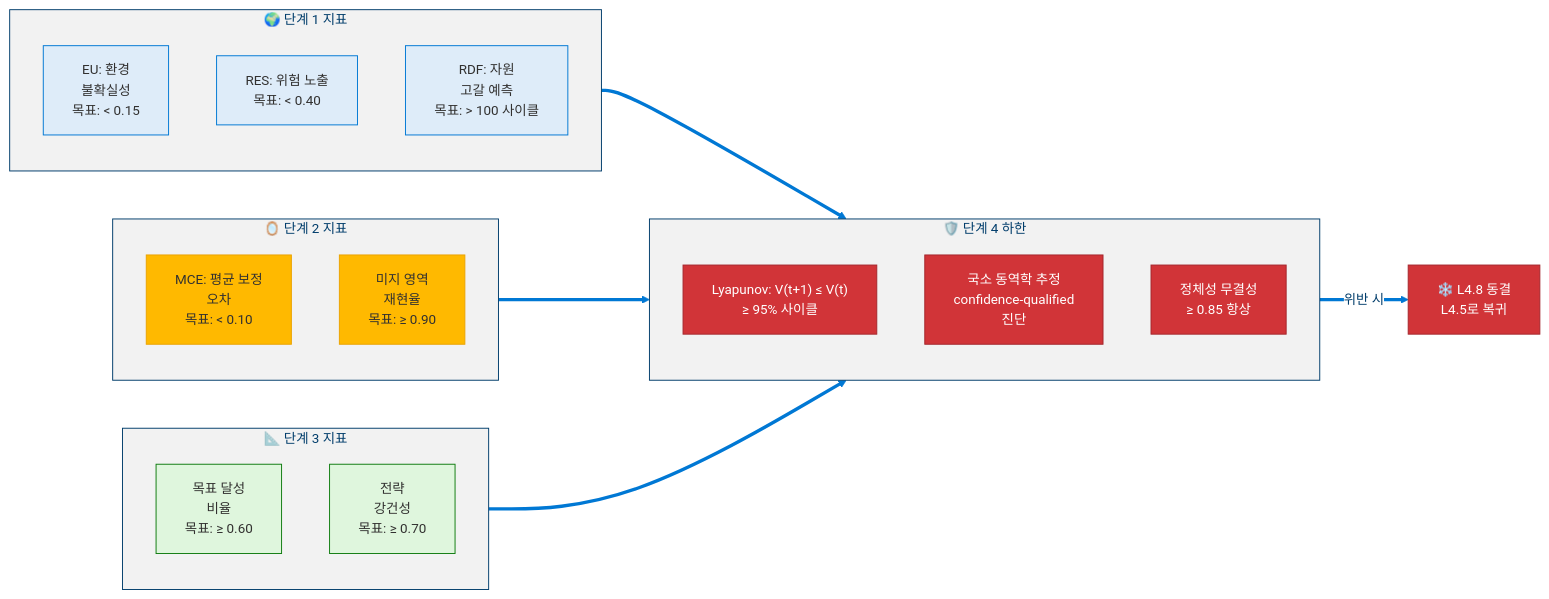
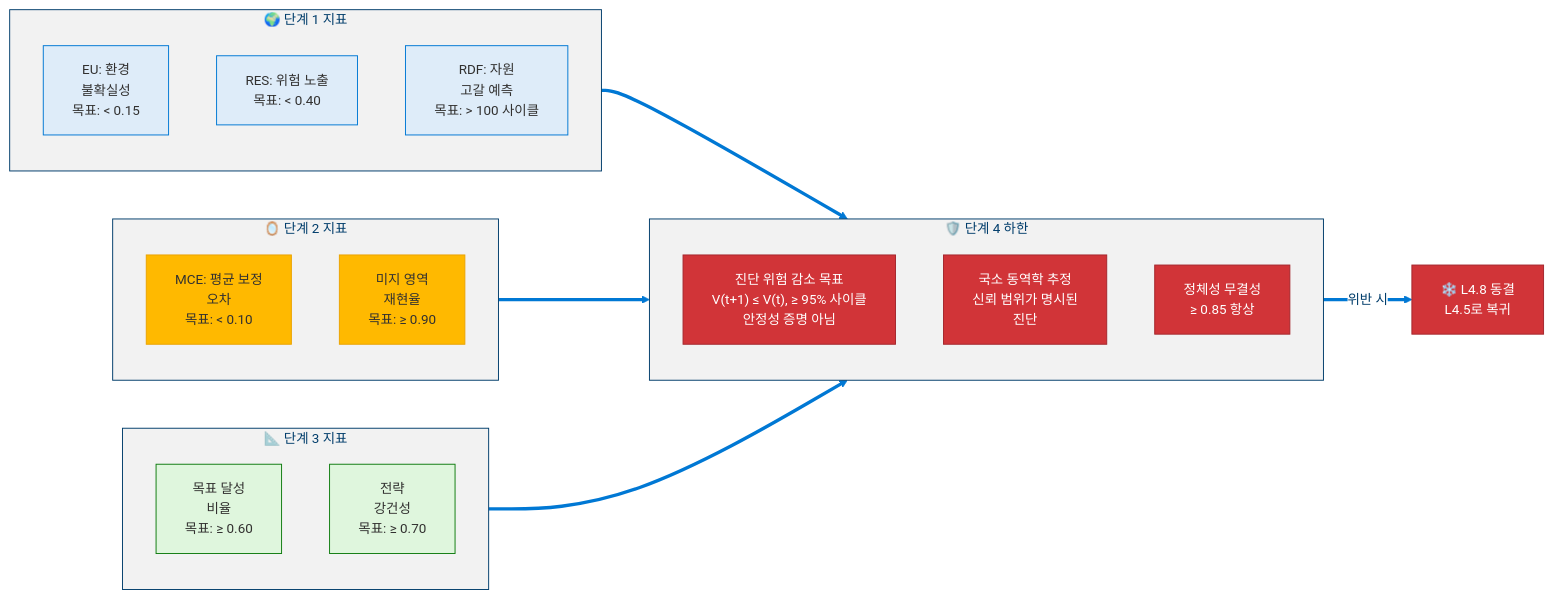
One commit to dotnetpower/mscp changed the third of 17 diagrams in docs/levels/Level_4_8_Strategic_Self_Modeling.ko.md. Above: the diagram before and after it, drawn with Mermaid. The commit also changed other lines of this file and 33 other files, not shown here.

````diff
--- a/docs/levels/Level_4_8_Strategic_Self_Modeling.ko.md
+++ b/docs/levels/Level_4_8_Strategic_Self_Modeling.ko.md
@@ -210,38 +216,38 @@
 ```mermaid
 %%{init: {'theme': 'base', 'themeVariables': {'primaryColor': '#0078D4', 'primaryTextColor': '#003D6B', 'primaryBorderColor': '#003D6B', 'secondaryColor': '#50E6FF', 'secondaryTextColor': '#323130', 'secondaryBorderColor': '#00BCF2', 'tertiaryColor': '#F2F2F2', 'tertiaryTextColor': '#323130', 'lineColor': '#0078D4', 'textColor': '#323130', 'mainBkg': '#DEECF9', 'nodeBorder': '#0078D4', 'clusterBkg': '#F2F2F2', 'clusterBorder': '#003D6B', 'titleColor': '#003D6B', 'edgeLabelBackground': '#FFFFFF', 'fontSize': '14px'}}}%%
 flowchart LR
   classDef world fill:#DEECF9,stroke:#0078D4,color:#323130
   classDef self fill:#FFB900,stroke:#EAA300,color:#323130
   classDef strategic fill:#DFF6DD,stroke:#107C10,color:#323130
   classDef stability fill:#D13438,stroke:#A4262C,color:#FFF
   classDef freeze fill:#D13438,stroke:#A4262C,color:#FFF
 
   subgraph WorldModel["🌍 단계 1 지표"]
     EU["EU: 환경<br/>불확실성<br/>목표: < 0.15"]:::world
     RES["RES: 위험 노출<br/>목표: < 0.40"]:::world
     RDF["RDF: 자원<br/>고갈 예측<br/>목표: > 100 사이클"]:::world
   end
 
   subgraph SelfModel["🪞 단계 2 지표"]
     MCE["MCE: 평균 보정<br/>오차<br/>목표: < 0.10"]:::self
     UDR["미지 영역<br/>재현율<br/>목표: ≥ 0.90"]:::self
   end
 
   subgraph Strategic["📐 단계 3 지표"]
     GCR["목표 달성<br/>비율<br/>목표: ≥ 0.60"]:::strategic
     SRB["전략<br/>강건성<br/>목표: ≥ 0.70"]:::strategic
   end
 
   subgraph Stability["🛡️ 단계 4 하한"]
-    LYA["Lyapunov: V(t+1) ≤ V(t)<br/>≥ 95% 사이클"]:::stability
-    SPR["국소 동역학 추정<br/>confidence-qualified<br/>진단"]:::stability
+    LYA["진단 위험 감소 목표<br/>V(t+1) ≤ V(t), ≥ 95% 사이클<br/>안정성 증명 아님"]:::stability
+    SPR["국소 동역학 추정<br/>신뢰 범위가 명시된<br/>진단"]:::stability
     IIS["정체성 무결성<br/>≥ 0.85 항상"]:::stability
   end
 
   FREEZE["❄️ L4.8 동결<br/>L4.5로 복귀"]:::freeze
 
   WorldModel ==> Stability
   SelfModel ==> Stability
   Strategic ==> Stability
   Stability ==>|"위반 시"| FREEZE
 ```
````
